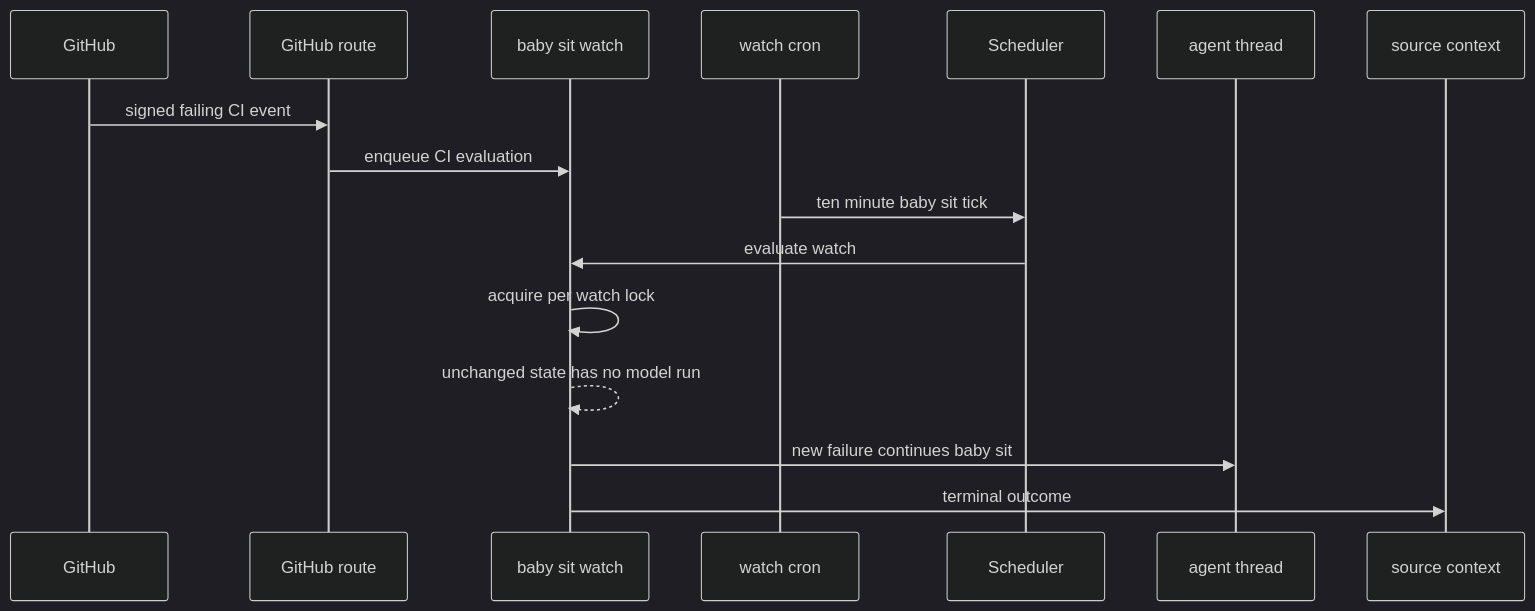
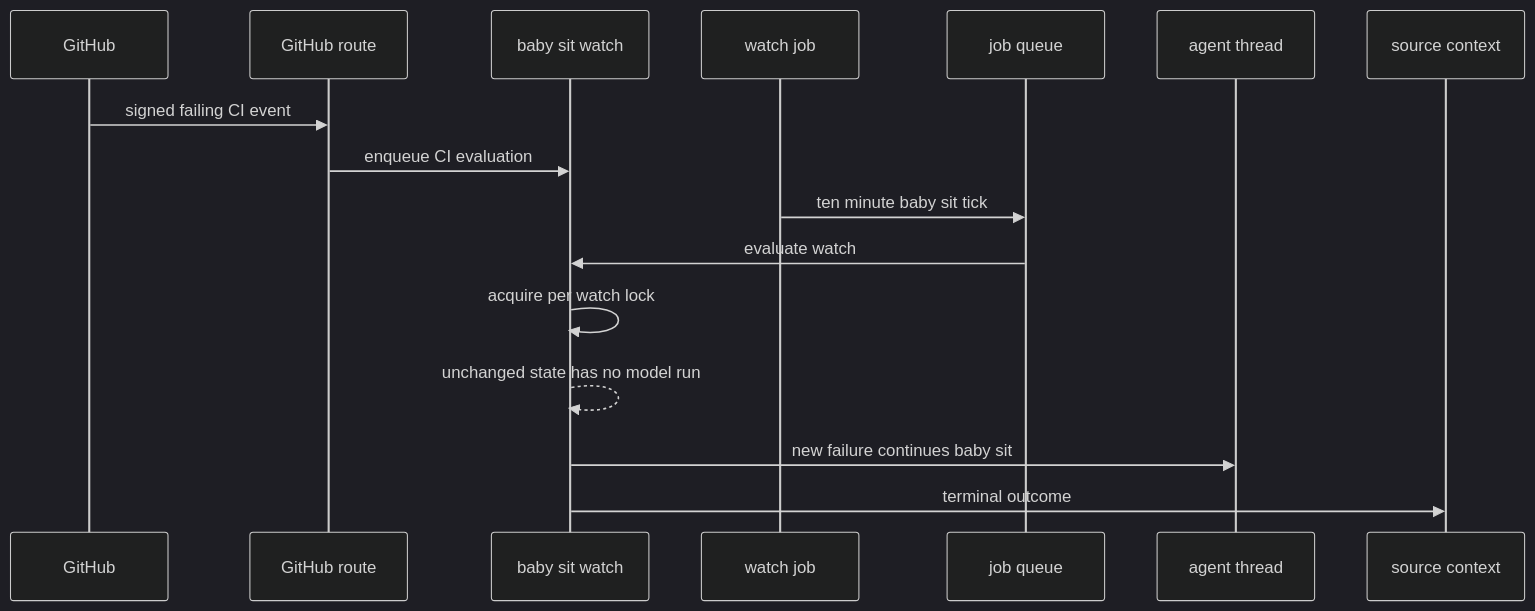
Before and after one commit to langchain-ai/open-swe: the third of 3 diagrams in openwiki/workflows/scheduling-and-baby-sit.md, drawn with Mermaid (dark theme). The commit also changed other lines of this file and 44 other files, not shown here.

````diff
--- a/openwiki/workflows/scheduling-and-baby-sit.md
+++ b/openwiki/workflows/scheduling-and-baby-sit.md
@@ -165,19 +163,19 @@
 ```mermaid
 sequenceDiagram
   participant GitHub
   participant Route as GitHub route
   participant Watcher as baby sit watch
-  participant Cron as watch cron
-  participant Scheduler
+  participant Job as watch job
+  participant Queue as job queue
   participant Thread as agent thread
   participant Source as source context
 
   GitHub->>Route: signed failing CI event
   Route->>Watcher: enqueue CI evaluation
-  Cron->>Scheduler: ten minute baby sit tick
-  Scheduler->>Watcher: evaluate watch
+  Job->>Queue: ten minute baby sit tick
+  Queue->>Watcher: evaluate watch
   Watcher->>Watcher: acquire per watch lock
   Watcher-->>Watcher: unchanged state has no model run
   Watcher->>Thread: new failure continues baby sit
   Watcher->>Source: terminal outcome
 ```
````
